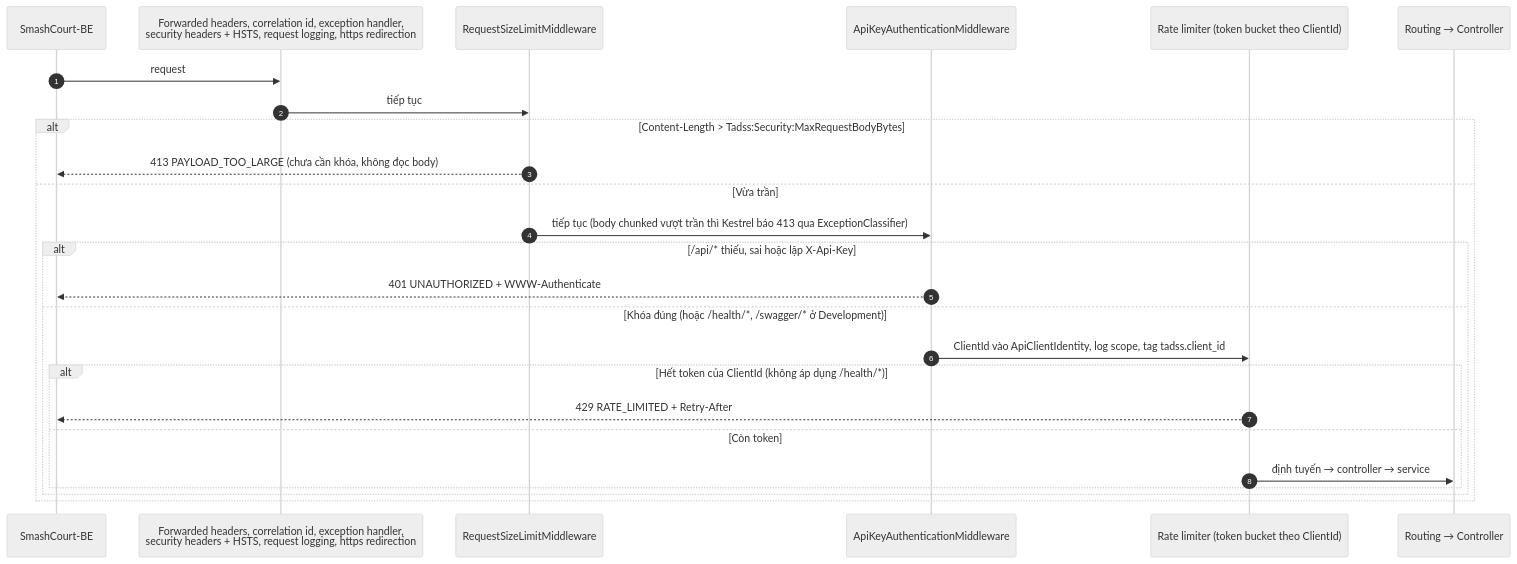
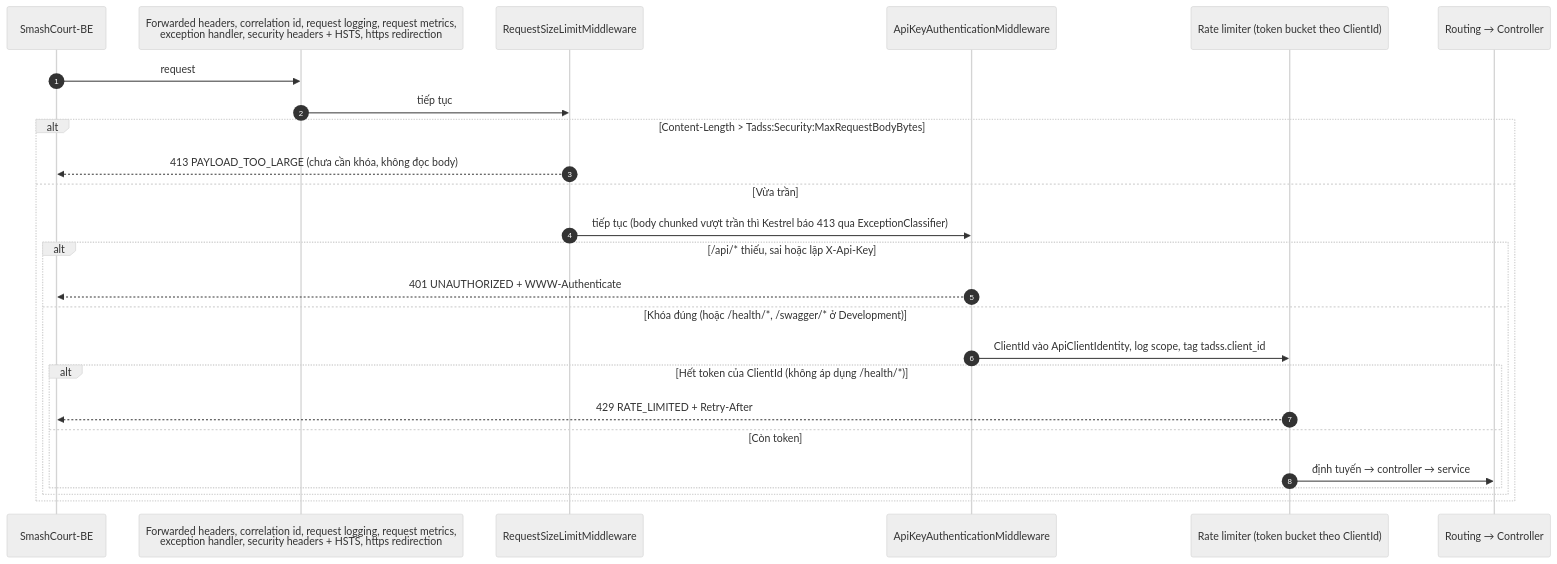
Before and after one commit to NguyenThanhTrung-N2T/TrustworthyAdaptiveDecisionSupportSystem-TADSS: the fourth of 5 diagrams in docs/architecture/SOFTWARE_ARCHITECTURE_SPECIFICATION.md, drawn with Mermaid (neutral theme). The commit also changed other lines of this file and 100 other files, not shown here.

````diff
--- a/docs/architecture/SOFTWARE_ARCHITECTURE_SPECIFICATION.md
+++ b/docs/architecture/SOFTWARE_ARCHITECTURE_SPECIFICATION.md
@@ -332,28 +332,28 @@
 ```mermaid
 sequenceDiagram
     autonumber
     participant BE as SmashCourt-BE
-    participant PRE as Forwarded headers, correlation id, exception handler,<br/>security headers + HSTS, request logging, https redirection
+    participant PRE as Forwarded headers, correlation id, request logging, request metrics,<br/>exception handler, security headers + HSTS, https redirection
     participant SZ as RequestSizeLimitMiddleware
     participant AK as ApiKeyAuthenticationMiddleware
     participant RL as Rate limiter (token bucket theo ClientId)
     participant RT as Routing → Controller
 
     BE->>PRE: request
     PRE->>SZ: tiếp tục
     alt Content-Length > Tadss:Security:MaxRequestBodyBytes
         SZ-->>BE: 413 PAYLOAD_TOO_LARGE (chưa cần khóa, không đọc body)
     else Vừa trần
         SZ->>AK: tiếp tục (body chunked vượt trần thì Kestrel báo 413 qua ExceptionClassifier)
         alt /api/* thiếu, sai hoặc lặp X-Api-Key
             AK-->>BE: 401 UNAUTHORIZED + WWW-Authenticate
         else Khóa đúng (hoặc /health/*, /swagger/* ở Development)
             AK->>RL: ClientId vào ApiClientIdentity, log scope, tag tadss.client_id
             alt Hết token của ClientId (không áp dụng /health/*)
                 RL-->>BE: 429 RATE_LIMITED + Retry-After
             else Còn token
                 RL->>RT: định tuyến → controller → service
             end
         end
     end
 ```
````
